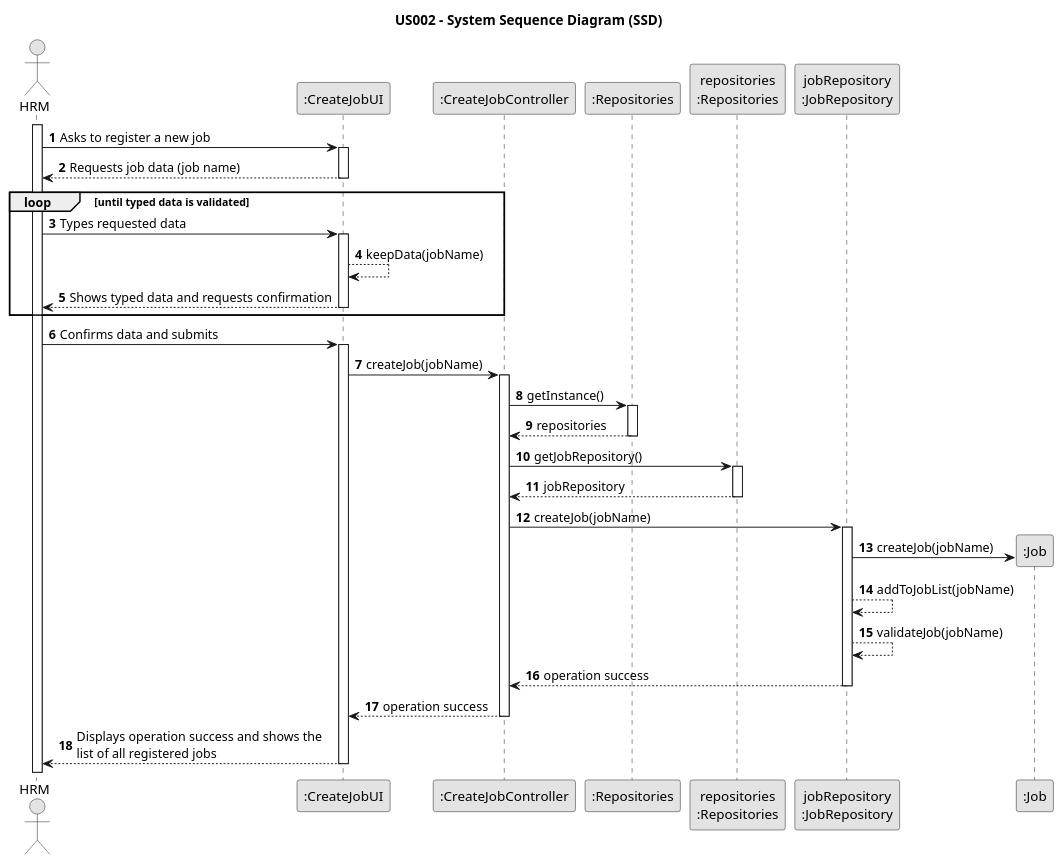
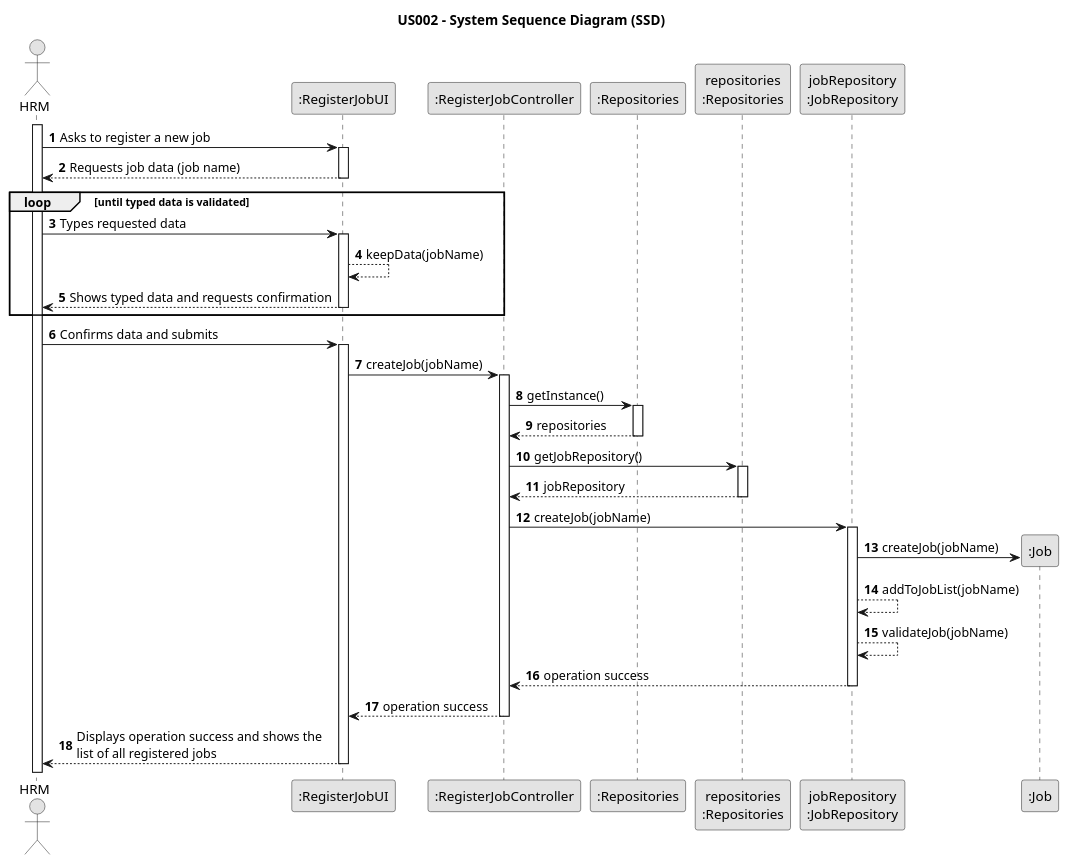
Before and after one commit to Rui-San/LAPR2_2023_2024: the diagram in docs/sprintB/us002/03.design/puml/us002-sequence-diagram.puml, drawn with PlantUML.

Commit message:
US002 - corrected sequence diagram

```diff
--- a/docs/sprintB/us002/03.design/puml/us002-sequence-diagram.puml
+++ b/docs/sprintB/us002/03.design/puml/us002-sequence-diagram.puml
@@ -1,70 +1,70 @@
 @startuml
 skinparam monochrome true
 skinparam packageStyle rectangle
 skinparam shadowing false
 
 title US002 - System Sequence Diagram (SSD)
 
 autonumber
 
 actor "HRM" as Employee
-participant ":CreateJobUI" as CJU
-participant ":CreateJobController" as CJC
+participant ":RegisterJobUI" as CJU
+participant ":RegisterJobController" as CJC
 participant ":Repositories" as REPO
 participant "repositories\n:Repositories" as Repos
 participant "jobRepository\n:JobRepository" as ORG
 participant ":Job" as JOB
 
 activate Employee
 
     Employee -> CJU : Asks to register a new job
     activate CJU
 
         CJU --> Employee : Requests job data (job name)
     deactivate CJU
     loop until typed data is validated
     Employee -> CJU : Types requested data
     activate CJU
     CJU --> CJU : keepData(jobName)
 
         CJU --> Employee : Shows typed data and requests confirmation
     deactivate CJU
     end
 
     Employee -> CJU : Confirms data and submits
     activate CJU
 
     CJU -> CJC : createJob(jobName)
     activate CJC
 
     CJC -> REPO : getInstance()
     activate REPO
 
     REPO --> CJC : repositories
     deactivate REPO
 
     CJC -> Repos : getJobRepository()
     activate Repos
 
     Repos --> CJC : jobRepository
     deactivate Repos
 
     CJC -> ORG : createJob(jobName)
 
     activate ORG
 
     ORG -> JOB** : createJob(jobName)
 
     ORG --> ORG : addToJobList(jobName)
 
     ORG --> ORG : validateJob(jobName)
 
     ORG --> CJC : operation success
     deactivate ORG
     CJC --> CJU : operation success
     deactivate CJC
 
         CJU --> Employee : Displays operation success and shows the \nlist of all registered jobs
     deactivate CJU
 
 @enduml
```
